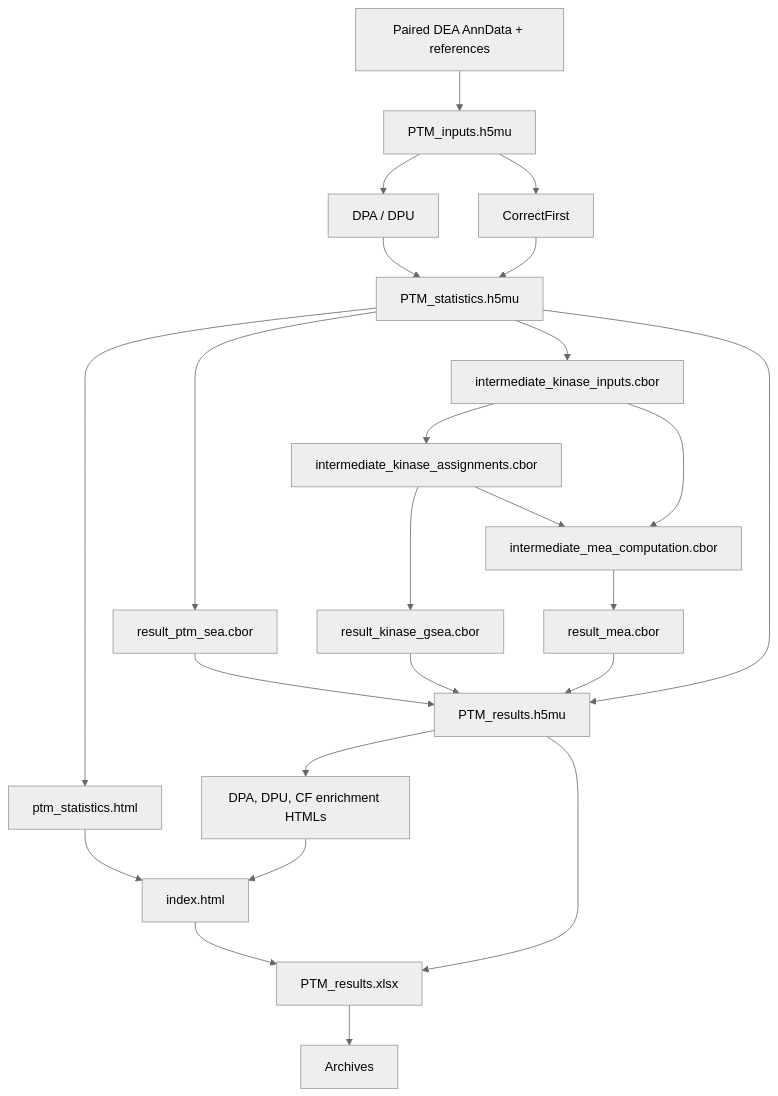
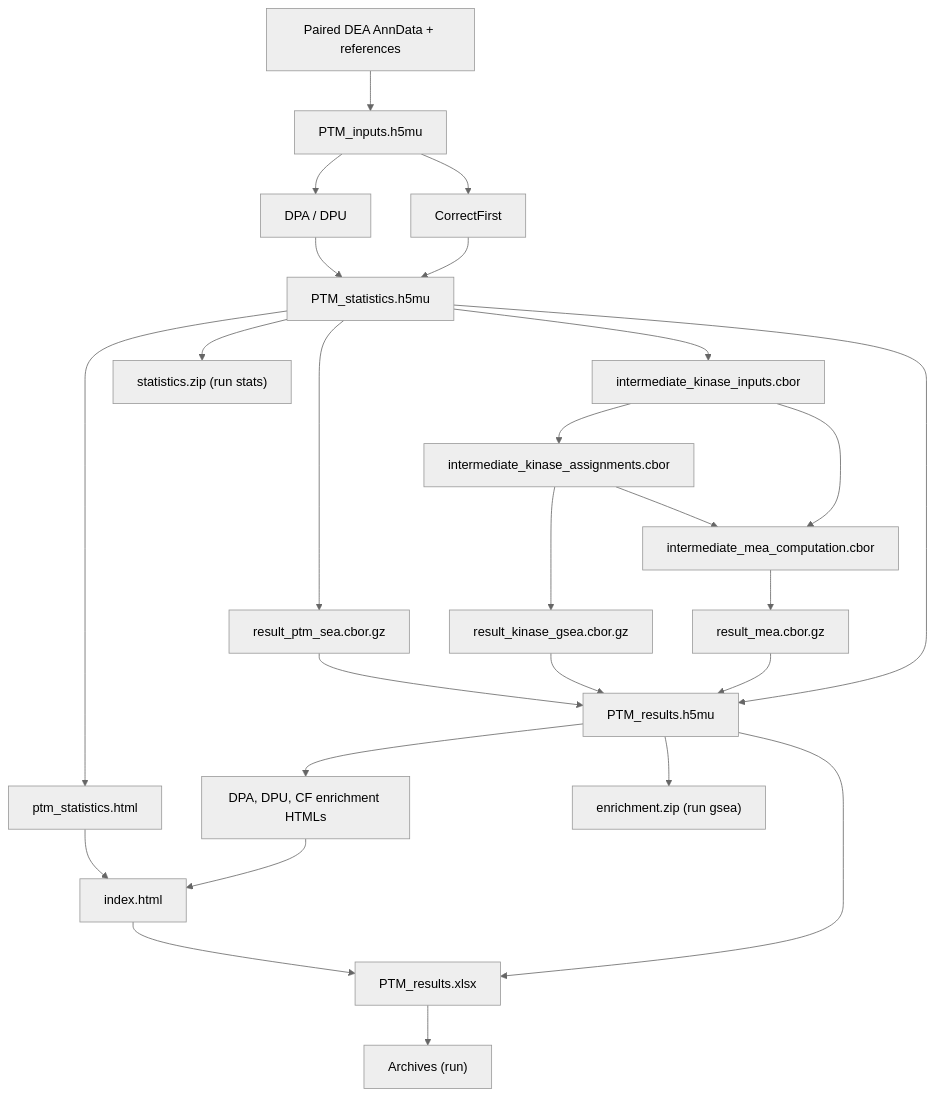
Before and after one commit to wolski/ptm-pipeline: the diagram in docs/index.md, drawn with Mermaid (neutral theme). The commit also changed other lines of this file and 14 other files, not shown here.

````diff
--- a/docs/index.md
+++ b/docs/index.md
@@ -53,26 +71,28 @@
 ```mermaid
 flowchart TB
     DEA["Paired DEA AnnData + references"] --> INPUT["PTM_inputs.h5mu"]
     INPUT --> DPA["DPA / DPU"]
     INPUT --> CF["CorrectFirst"]
     DPA --> STATS["PTM_statistics.h5mu"]
     CF --> STATS
     STATS --> STATS_REPORT["ptm_statistics.html"]
-    STATS --> SEA["result_ptm_sea.cbor"]
+    STATS --> SEA["result_ptm_sea.cbor.gz"]
     STATS --> PREP["intermediate_kinase_inputs.cbor"]
     PREP --> ASSIGN["intermediate_kinase_assignments.cbor"]
-    ASSIGN --> GSEA["result_kinase_gsea.cbor"]
+    ASSIGN --> GSEA["result_kinase_gsea.cbor.gz"]
     ASSIGN --> MOTIF["intermediate_mea_computation.cbor"]
     PREP --> MOTIF
-    MOTIF --> MEA["result_mea.cbor"]
+    MOTIF --> MEA["result_mea.cbor.gz"]
     SEA --> FINAL["PTM_results.h5mu"]
     GSEA --> FINAL
     MEA --> FINAL
     STATS --> FINAL
     FINAL --> ENRICH_REPORT["DPA, DPU, CF enrichment HTMLs"]
     STATS_REPORT --> INDEX["index.html"]
     ENRICH_REPORT --> INDEX
     INDEX --> EXPORT["PTM_results.xlsx"]
     FINAL --> EXPORT
-    EXPORT --> ZIP["Archives"]
+    EXPORT --> ZIP["Archives (run)"]
+    STATS --> STATS_ZIP["statistics.zip (run stats)"]
+    FINAL --> ENRICH_ZIP["enrichment.zip (run gsea)"]
 ```
````
